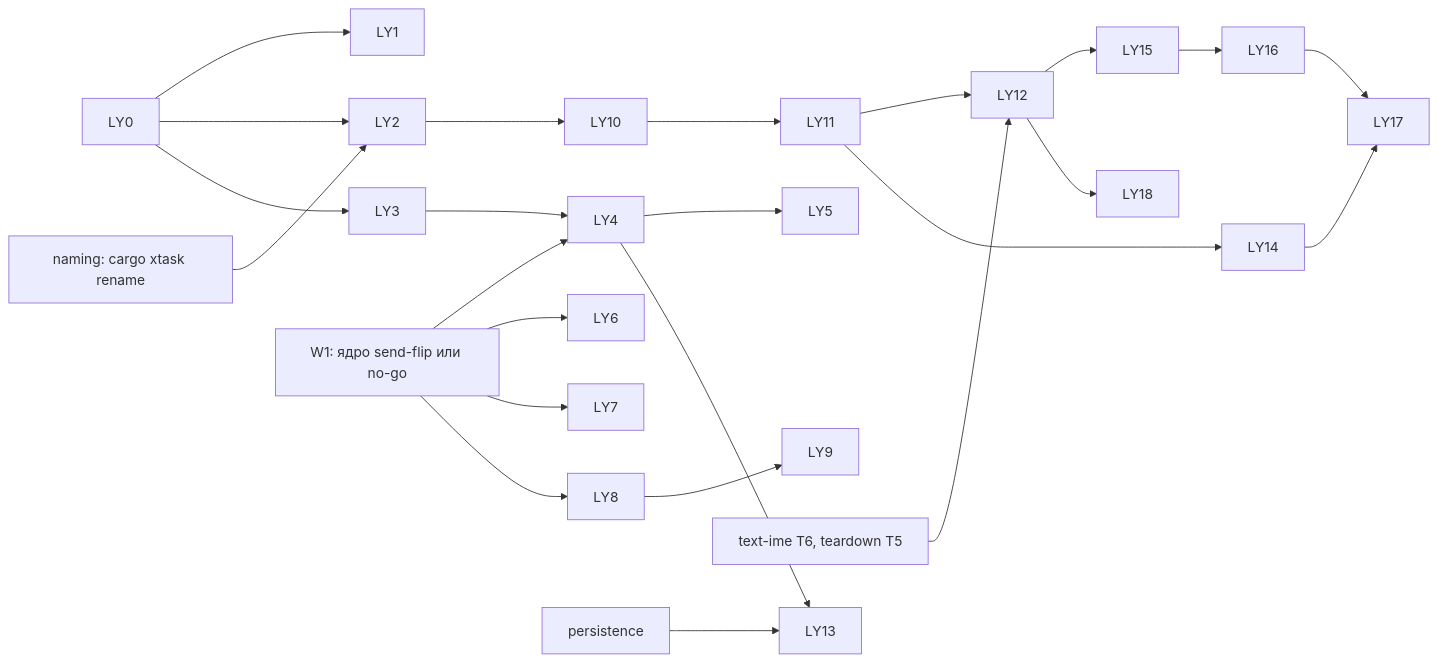
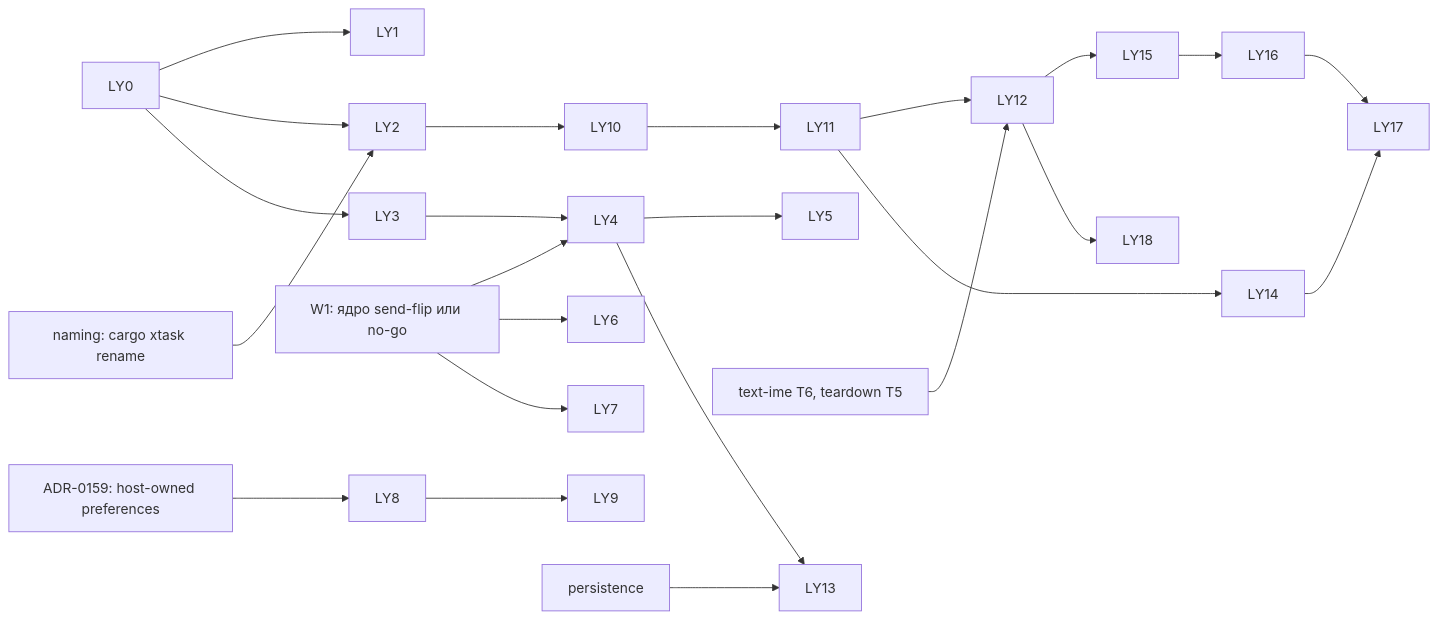
One commit to vanyastaff/flui changed the diagram in docs/plans/specs/platform-layer/tasks.md. Above: the diagram before and after it, drawn with Mermaid. The commit also changed other lines of this file and 121 other files, not shown here.

Commit message:
runtime: deliver host preferences and preserve owner work

````diff
--- a/docs/plans/specs/platform-layer/tasks.md
+++ b/docs/plans/specs/platform-layer/tasks.md
@@ -50,15 +56,16 @@
 ```mermaid
 graph LR
   LY0 --> LY1 & LY2 & LY3
   LY3 --> LY4 --> LY5
-  W1["W1: ядро send-flip или no-go"] --> LY4 & LY6 & LY7 & LY8
+  W1["W1: ядро send-flip или no-go"] --> LY4 & LY6 & LY7
+  SP["ADR-0159: host-owned preferences"] --> LY8
   LY8 --> LY9
   NM["naming: cargo xtask rename"] --> LY2 --> LY10 --> LY11
   TI["text-ime T6, teardown T5"] --> LY12
   LY11 --> LY12
   PS["persistence"] --> LY13
   LY4 --> LY13
   LY11 --> LY14 --> LY17
   LY12 --> LY15 --> LY16 --> LY17
   LY12 --> LY18
 ```
````
